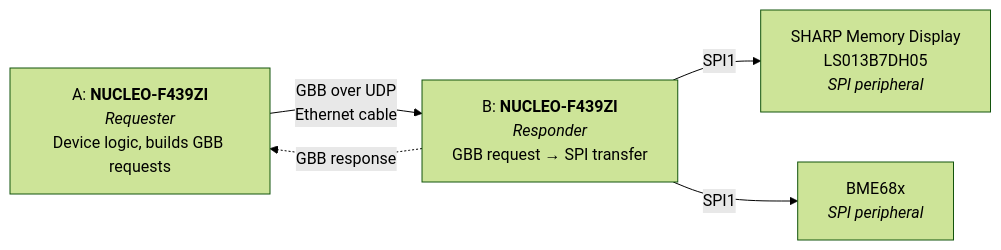
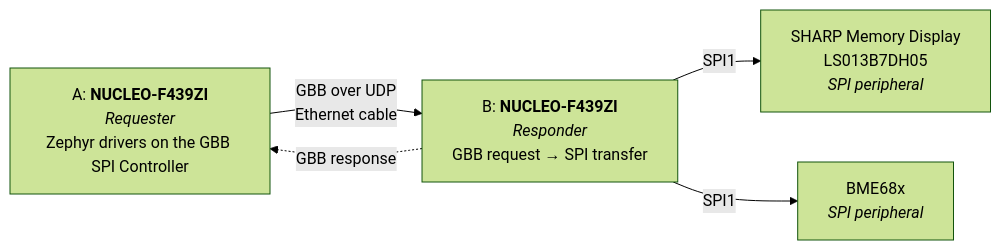
Before and after one commit to Kartoffelbauer/rts-open1722-remote-spi: the first of 2 diagrams in docs/architecture.md, drawn with Mermaid (forest theme). The commit also changed other lines of this file and 6 other files, not shown here.

Commit message:
Document the GBB SPI Controller design (ADR 0004)

````diff
--- a/docs/architecture.md
+++ b/docs/architecture.md
@@ -7,12 +7,12 @@
 ```mermaid
 flowchart LR
-    A["A: <b>NUCLEO-F439ZI</b><br/><i>Requester</i><br/>Device logic, builds GBB requests"]
+    A["A: <b>NUCLEO-F439ZI</b><br/><i>Requester</i><br/>Zephyr drivers on the GBB SPI Controller"]
     B["B: <b>NUCLEO-F439ZI</b><br/><i>Responder</i><br/>GBB request → SPI transfer"]
     O["SHARP Memory Display<br/>LS013B7DH05<br/><i>SPI peripheral</i>"]
     S["BME68x<br/><i>SPI peripheral</i>"]
 
     A -- "GBB over UDP<br/>Ethernet cable" --> B
     B -. "GBB response" .-> A
     B -- "SPI1" --> O
     B -- "SPI1" --> S
 ```
````
